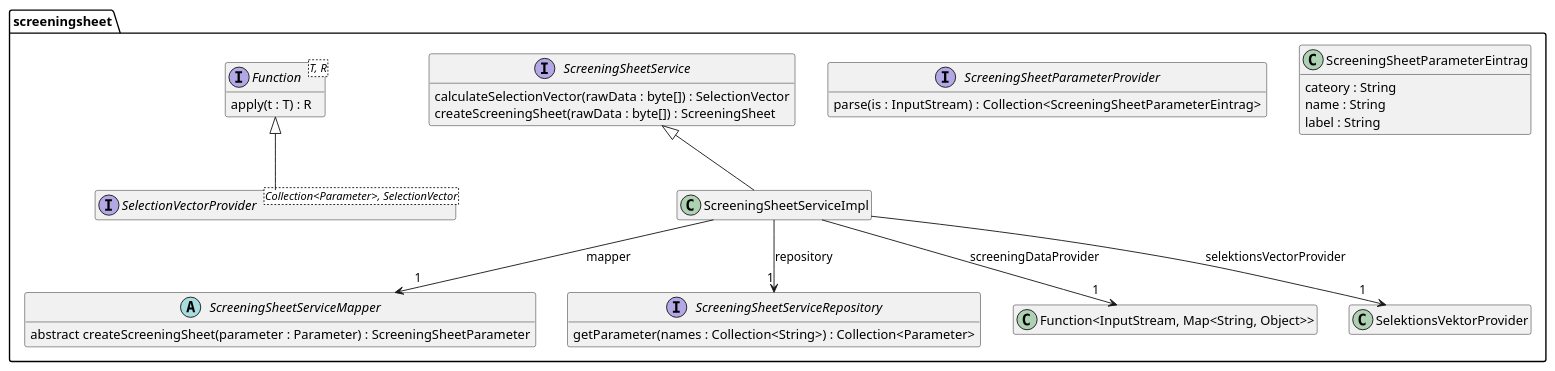
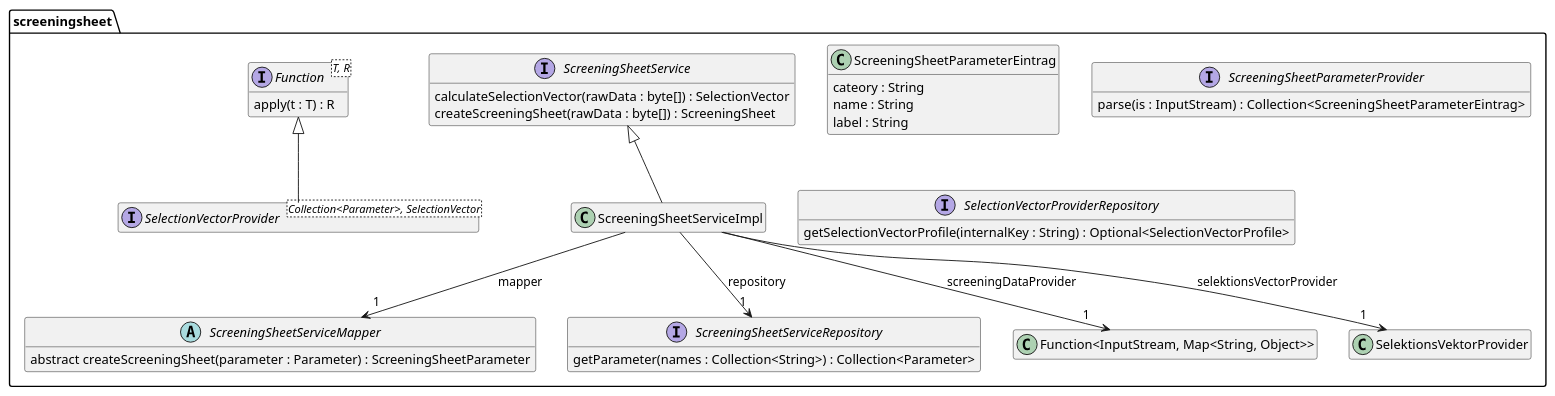
The diagram in src/site/arc42/plantuml/core/screeningsheet/Ebene3.plantuml (tailoringexpert/platform), drawn with PlantUML before and after one commit. The commit also changed 14 other files, not shown here.

```diff
--- a/src/site/arc42/plantuml/core/screeningsheet/Ebene3.plantuml
+++ b/src/site/arc42/plantuml/core/screeningsheet/Ebene3.plantuml
@@ -1,48 +1,52 @@
 @startuml Ebene3.png
 hide empty members
 
 package screeningsheet {
     class ScreeningSheetParameterEintrag {
         cateory : String
         name : String
         label : String
     }
 
     interface ScreeningSheetParameterProvider {
         parse(is : InputStream) :  Collection<ScreeningSheetParameterEintrag>
     }
 
     abstract class ScreeningSheetServiceMapper {
         abstract createScreeningSheet(parameter : Parameter) : ScreeningSheetParameter
     }
 
     interface ScreeningSheetService {
         calculateSelectionVector(rawData : byte[]) : SelectionVector
         createScreeningSheet(rawData : byte[]) : ScreeningSheet
     }
 
     interface ScreeningSheetServiceRepository {
         getParameter(names : Collection<String>) : Collection<Parameter>
     }
 
+    interface SelectionVectorProviderRepository {
+        getSelectionVectorProfile(internalKey : String) : Optional<SelectionVectorProfile>
+    }
+
     interface "Function<T, R>" as Function{
         apply(t : T) : R
     }
     interface SelectionVectorProvider<Collection<Parameter>, SelectionVector> {
     }
     Function <|-- SelectionVectorProvider
 
 
     class ScreeningSheetServiceImpl {
     }
     ScreeningSheetService <|-- ScreeningSheetServiceImpl
     ScreeningSheetServiceImpl --> "1" ScreeningSheetServiceMapper : mapper
     ScreeningSheetServiceImpl --> "1" ScreeningSheetServiceRepository : repository
     ScreeningSheetServiceImpl --> "1" "Function<InputStream, Map<String, Object>>"  : screeningDataProvider
     ScreeningSheetServiceImpl --> "1" SelektionsVektorProvider : selektionsVectorProvider
 
 
 
 
 }
 @enduml
```
